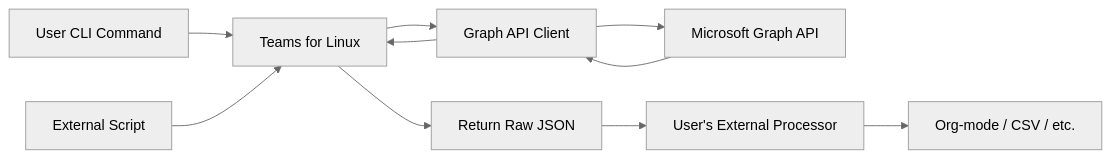
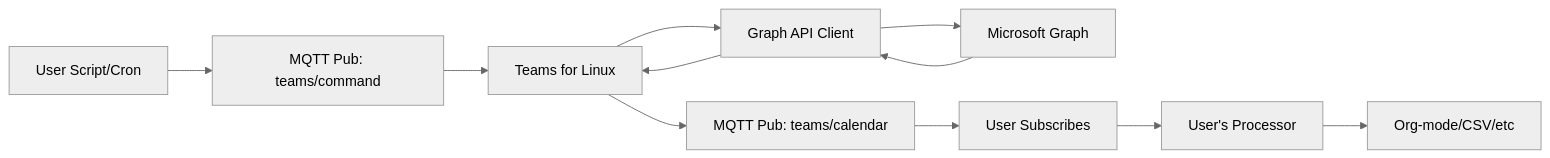
One commit to IsmaelMartinez/teams-for-linux changed the diagram in docs-site/docs/development/research/calendar-data-export-research.md. Above: the diagram before and after it, drawn with Mermaid (neutral theme). The commit also changed other lines of this file and 1 other file, not shown here.

First line of the commit message:
Update calendar export research to use MQTT/IPC instead of CLI

````diff
--- a/docs-site/docs/development/research/calendar-data-export-research.md
+++ b/docs-site/docs/development/research/calendar-data-export-research.md
@@ -89,12 +92,13 @@
 ```mermaid
 graph LR
-    A[User CLI Command] --> B[Teams for Linux]
-    C[External Script] --> B
-    B --> D[Graph API Client]
-    D --> E[Microsoft Graph API]
+    A[User Script/Cron] --> B[MQTT Pub: teams/command]
+    B --> C[Teams for Linux]
+    C --> D[Graph API Client]
+    D --> E[Microsoft Graph]
     E --> D
-    D --> B
-    B --> F[Return Raw JSON]
-    F --> G[User's External Processor]
-    G --> H[Org-mode / CSV / etc.]
+    D --> C
+    C --> F[MQTT Pub: teams/calendar]
+    F --> G[User Subscribes]
+    G --> H[User's Processor]
+    H --> I[Org-mode/CSV/etc]
 ```
````
